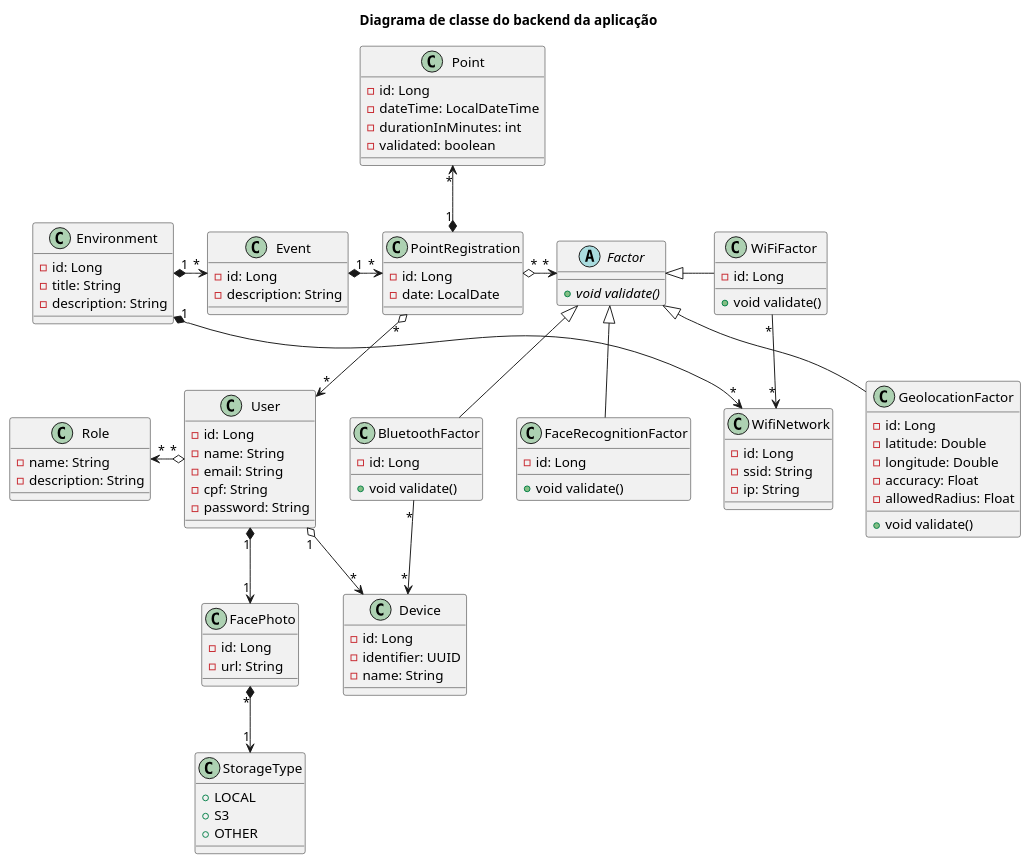
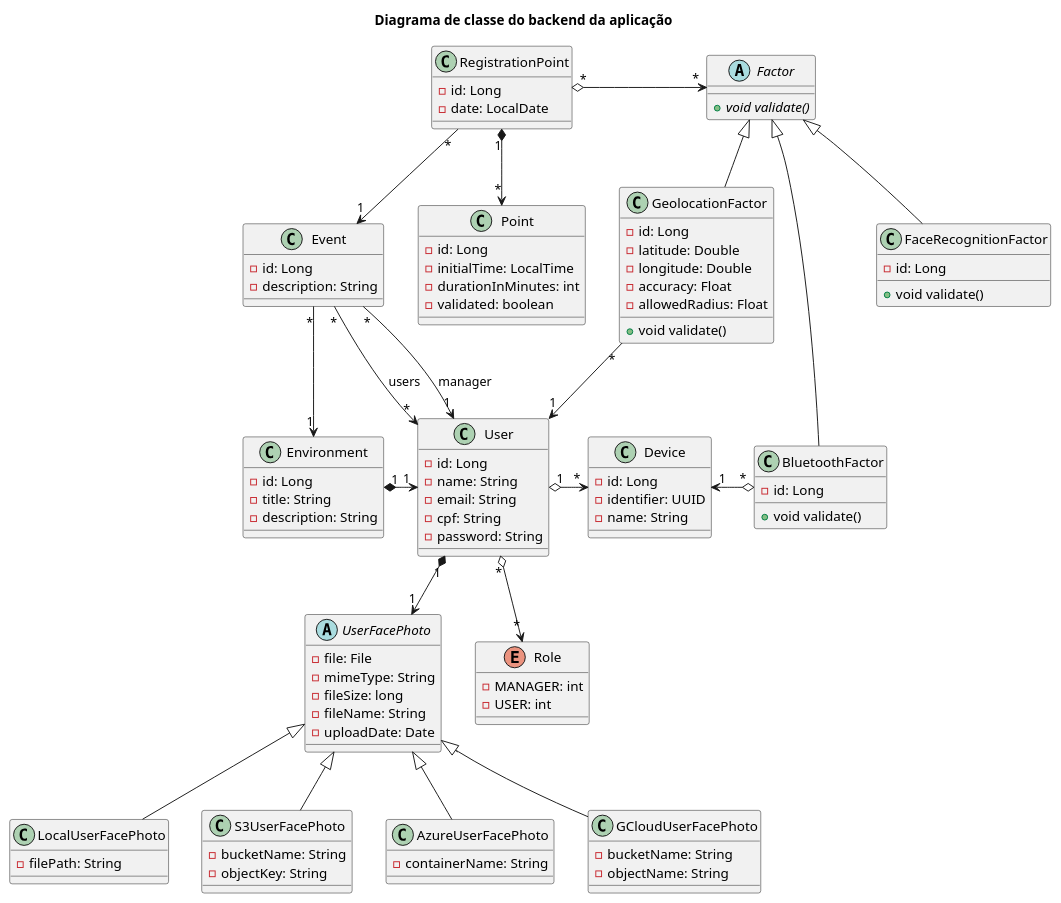
The diagram in backend/diagram-class.plantuml (luan-coelho/faceverify), drawn with PlantUML before and after one commit.

Commit message:
feat/refactor: Modelagem de classe.

```diff
--- a/backend/diagram-class.plantuml
+++ b/backend/diagram-class.plantuml
@@ -1,113 +1,120 @@
 @startuml
 title Diagrama de classe do backend da aplicação
 
 class User {
     - id: Long
     - name: String
     - email: String
     - cpf: String
     - password: String
 }
 
 class Device {
     - id: Long
     - identifier: UUID
     - name: String
 }
 
-class FacePhoto {
-    - id: Long
-    - url: String
+abstract class UserFacePhoto {
+    - file: File
+    - mimeType: String
+    - fileSize: long
+    - fileName: String
+    - uploadDate: Date
 }
 
-class StorageType {
-    + LOCAL
-    + S3
-    + OTHER
+class LocalUserFacePhoto {
+    - filePath: String
 }
 
-class Role {
-    - name: String
-    - description: String
+class S3UserFacePhoto {
+    - bucketName: String
+    - objectKey: String
+}
+
+class AzureUserFacePhoto {
+    - containerName: String
+}
+
+class GCloudUserFacePhoto {
+    - bucketName: String
+    - objectName: String
+}
+
+enum Role {
+    - MANAGER: int
+    - USER: int
 }
 
 class Event {
     - id: Long
     - description: String
 }
 
-class PointRegistration {
+class RegistrationPoint {
     - id: Long
     - date: LocalDate
 }
 
 class Point {
     - id: Long
-    - dateTime: LocalDateTime
+    - initialTime: LocalTime
     - durationInMinutes: int
     - validated: boolean
 }
 
 abstract class Factor {
     + void {abstract} validate()
 }
 
 class Environment {
     - id: Long
     - title: String
     - description: String
-}
-
-class WifiNetwork {
-    - id: Long
-    - ssid: String
-    - ip: String
 }
 
 class FaceRecognitionFactor {
     - id: Long
     + void validate()
 }
 
 class GeolocationFactor {
     - id: Long
     - latitude: Double
     - longitude: Double
     - accuracy: Float
     - allowedRadius: Float
     + void validate()
 }
 
-class WiFiFactor {
-    - id: Long
-    + void validate()
-}
-
 class BluetoothFactor {
     - id: Long
     + void validate()
 }
 
-Environment "1" *-> "*" Event
-Environment "1" *-down-> "*" WifiNetwork
-Event "1" *-> "*" PointRegistration
+RegistrationPoint "*" --> "1" Event
+Event "*" --> "1" Environment
+Environment "1" *-> "1" User
+Event "*" --> "*" User : "users"
+Event "*" --> "1" User : "manager"
 
-PointRegistration "1" *-up-> "*" Point
-PointRegistration "*" o-down-> "*" User
-PointRegistration "*" o-> "*" Factor
+RegistrationPoint "1" *-down-> "*" Point
+RegistrationPoint "*" o-> "*" Factor
 
 Factor <|-- FaceRecognitionFactor
 Factor <|-- GeolocationFactor
-Factor <|-right- WiFiFactor
 Factor <|-- BluetoothFactor
 
-WiFiFactor "*" --> "*" WifiNetwork
-BluetoothFactor "*" --> "*" Device
+GeolocationFactor "*" --> "1" User
+BluetoothFactor "*" o-left-> "1" Device
 
-User "*" o-left-> "*" Role
-User "1" o-down-> "*" Device
-User "1" *-down-> "1" FacePhoto
+User "*" o-down-> "*" Role
+User "1" o-> "*" Device
+User "1" *-down-> "1" UserFacePhoto
 
-FacePhoto "*" *-down-> "1" StorageType
+UserFacePhoto <|-- LocalUserFacePhoto
+UserFacePhoto <|-- S3UserFacePhoto
+UserFacePhoto <|-- AzureUserFacePhoto
+UserFacePhoto <|-- GCloudUserFacePhoto
 
 @enduml
```
